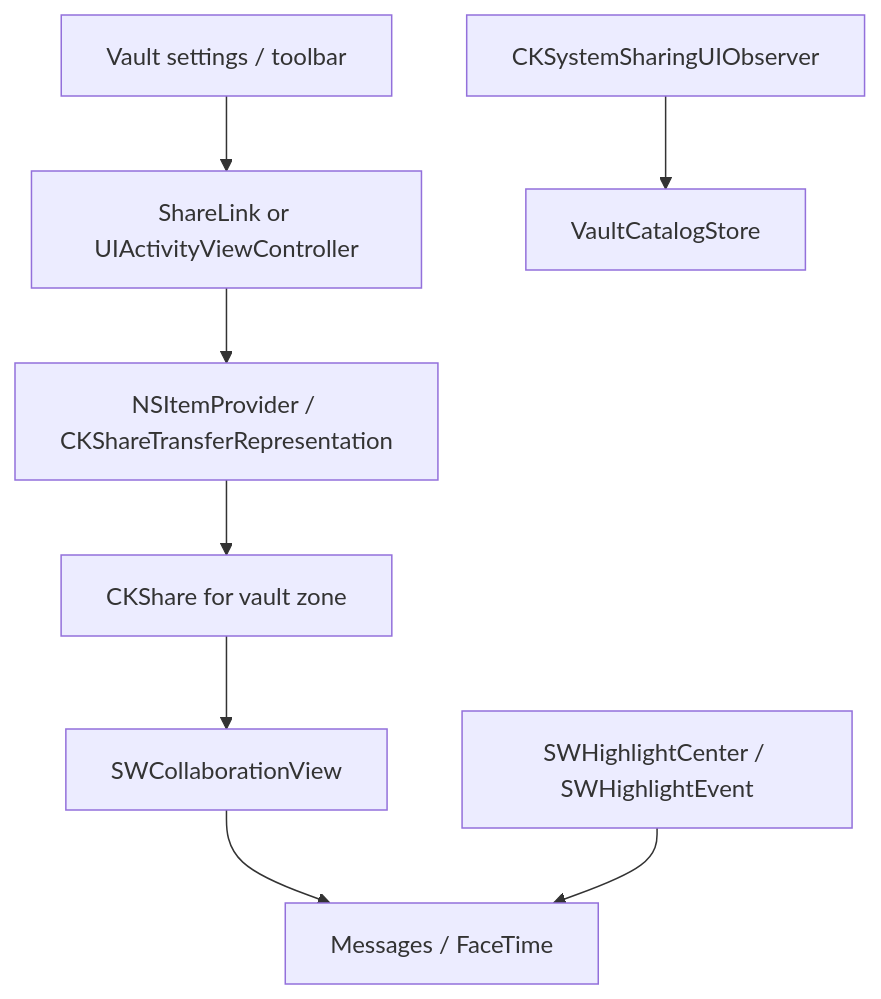
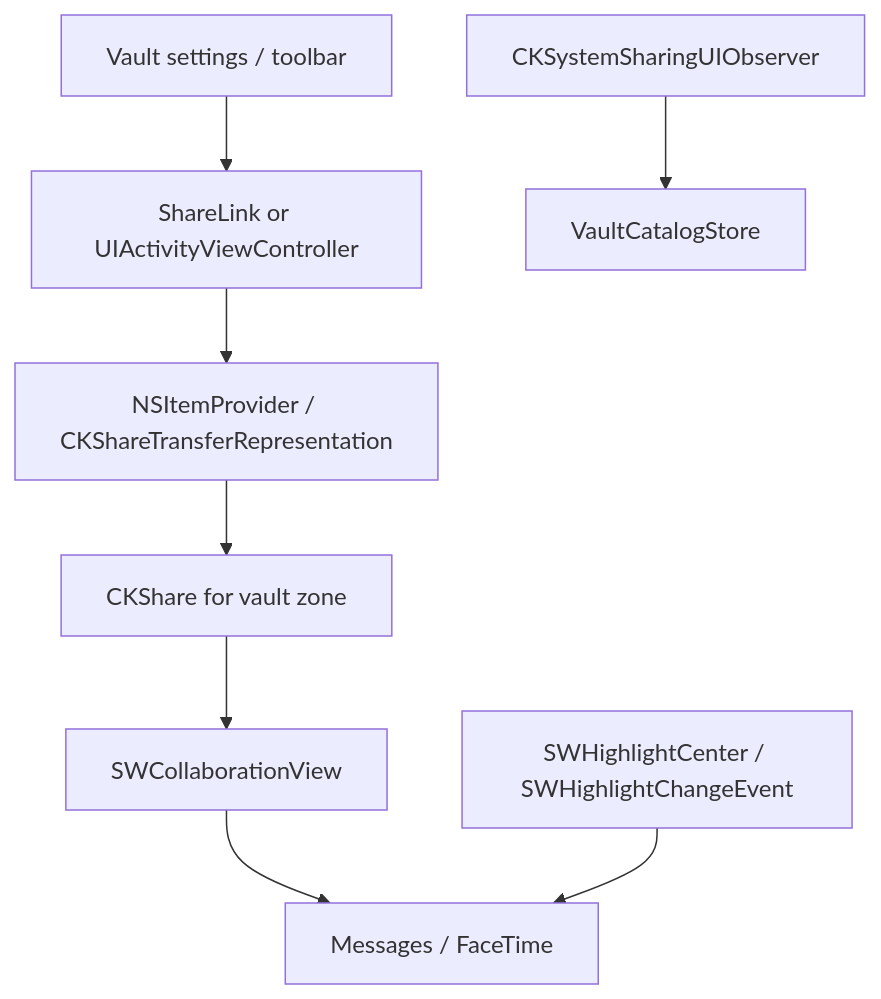
Before and after one commit to muukii/MuApps: the eighth of 10 diagrams in Apps/Journal/docs/VAULT_SYNC_DESIGN.md, drawn with Mermaid. The commit also changed other lines of this file and 98 other files, not shown here.

````diff
--- a/Apps/Journal/docs/VAULT_SYNC_DESIGN.md
+++ b/Apps/Journal/docs/VAULT_SYNC_DESIGN.md
@@ -413,20 +693,20 @@
 ```mermaid
 flowchart TB
   VaultScreen["Vault settings / toolbar"]
   ShareEntry["ShareLink or UIActivityViewController"]
   ItemProvider["NSItemProvider / CKShareTransferRepresentation"]
   CKShare["CKShare for vault zone"]
   CollaborationView["SWCollaborationView"]
   Observer["CKSystemSharingUIObserver"]
-  Highlight["SWHighlightCenter / SWHighlightEvent"]
+  Highlight["SWHighlightCenter / SWHighlightChangeEvent"]
   Messages["Messages / FaceTime"]
   CatalogStore["VaultCatalogStore"]
 
   VaultScreen --> ShareEntry
   ShareEntry --> ItemProvider
   ItemProvider --> CKShare
   CKShare --> CollaborationView
   CollaborationView --> Messages
   Observer --> CatalogStore
   Highlight --> Messages
 ```
````
